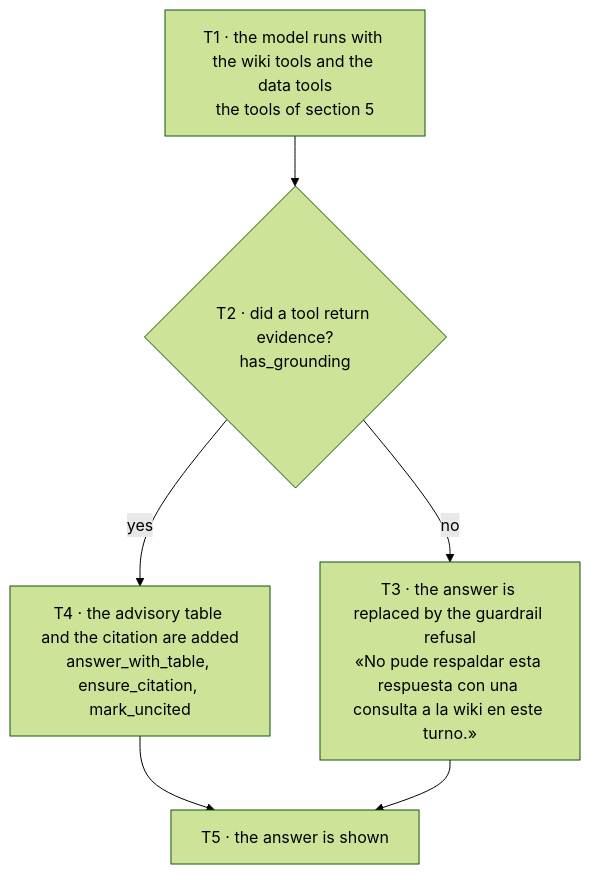
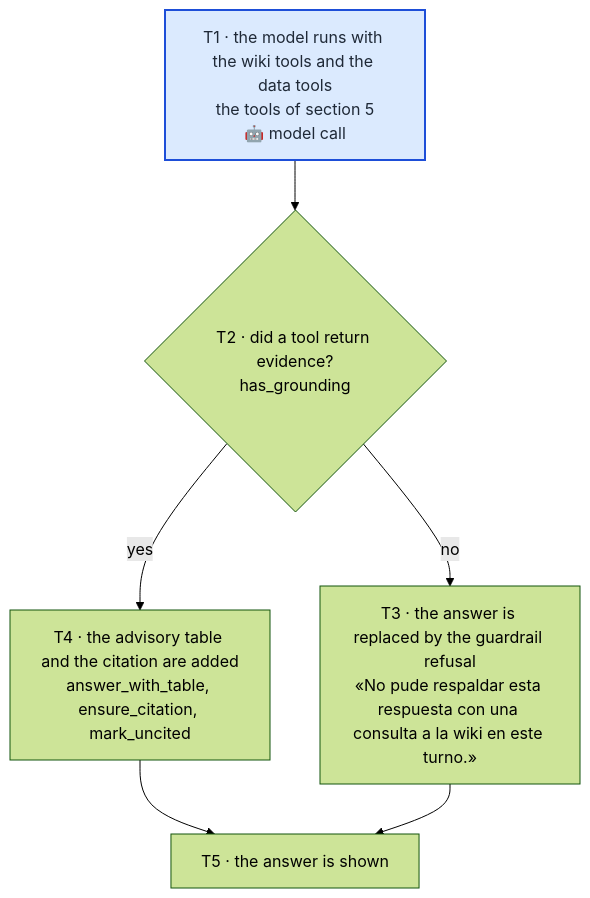
The third of 4 diagrams in docs/query_nodes.md (Clod/llmwiki-marimo), drawn with Mermaid (forest theme) before and after one commit. The commit also changed other lines of this file and 5 other files, not shown here.

First line of the commit message:
fix(web): audit diagram labels, audit chat, wiki id that changes folder

````diff
--- a/docs/query_nodes.md
+++ b/docs/query_nodes.md
@@ -249,11 +262,13 @@
 ```mermaid
 flowchart TD
-    T1["T1 · the model runs with the wiki tools and the data tools<br/>the tools of section 5"]
+    T1["T1 · the model runs with the wiki tools and the data tools<br/>the tools of section 5<br/>🤖 model call"]
     T2{"T2 · did a tool return evidence?<br/>has_grounding"}
     T3["T3 · the answer is replaced by the guardrail refusal<br/>«No pude respaldar esta respuesta con una consulta a la wiki en este turno.»"]
     T4["T4 · the advisory table and the citation are added<br/>answer_with_table, ensure_citation, mark_uncited"]
     T5["T5 · the answer is shown"]
     T1 --> T2
     T2 -->|yes| T4 --> T5
     T2 -->|no| T3 --> T5
+    classDef llm fill:#dbeafe,stroke:#1d4ed8,stroke-width:2px,color:#1f2937
+    class T1 llm
 ```
````
